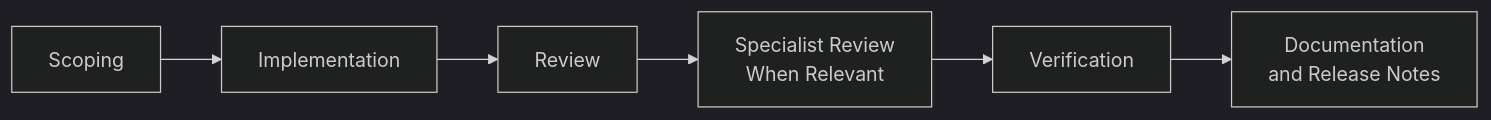
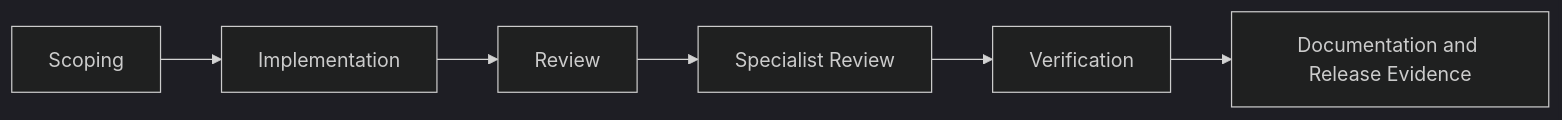
One commit to CarlasHub/Agents-Workflow-Blueprint changed the diagram in README.md. Above: the diagram before and after it, drawn with Mermaid (dark theme). The commit also changed other lines of this file and 229 other files, not shown here.

````diff
--- a/README.md
+++ b/README.md
@@ -40,8 +62,8 @@
 ```mermaid
 flowchart LR
-    A["Scoping"] --> B["Implementation"]
-    B --> C["Review"]
-    C --> D["Specialist Review<br/>When Relevant"]
-    D --> E["Verification"]
-    E --> F["Documentation<br/>and Release Notes"]
+    A[Scoping] --> B[Implementation]
+    B --> C[Review]
+    C --> D[Specialist Review]
+    D --> E[Verification]
+    E --> F[Documentation and Release Evidence]
 ```
````
